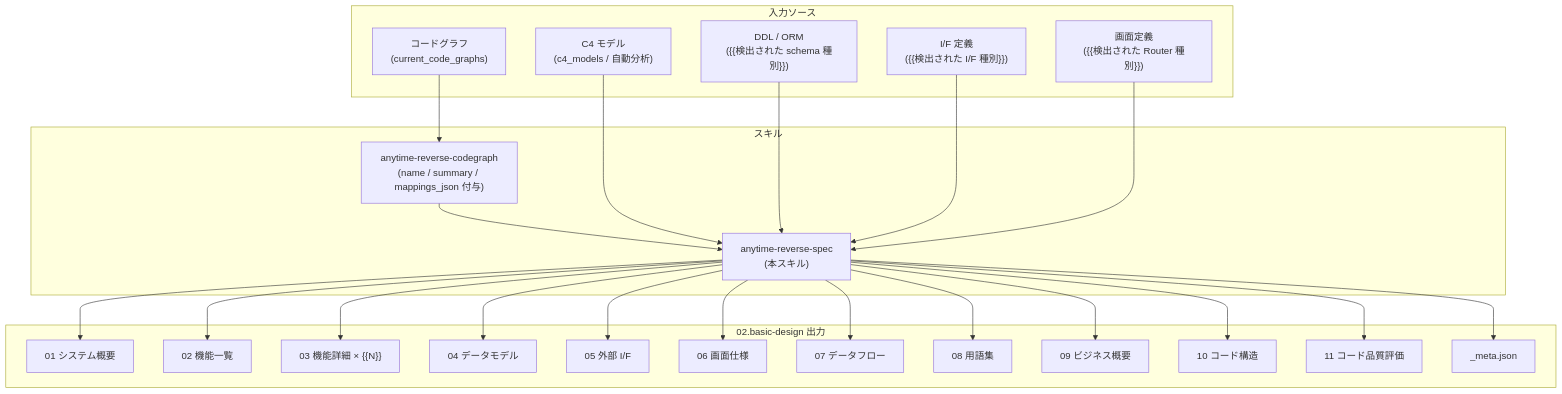
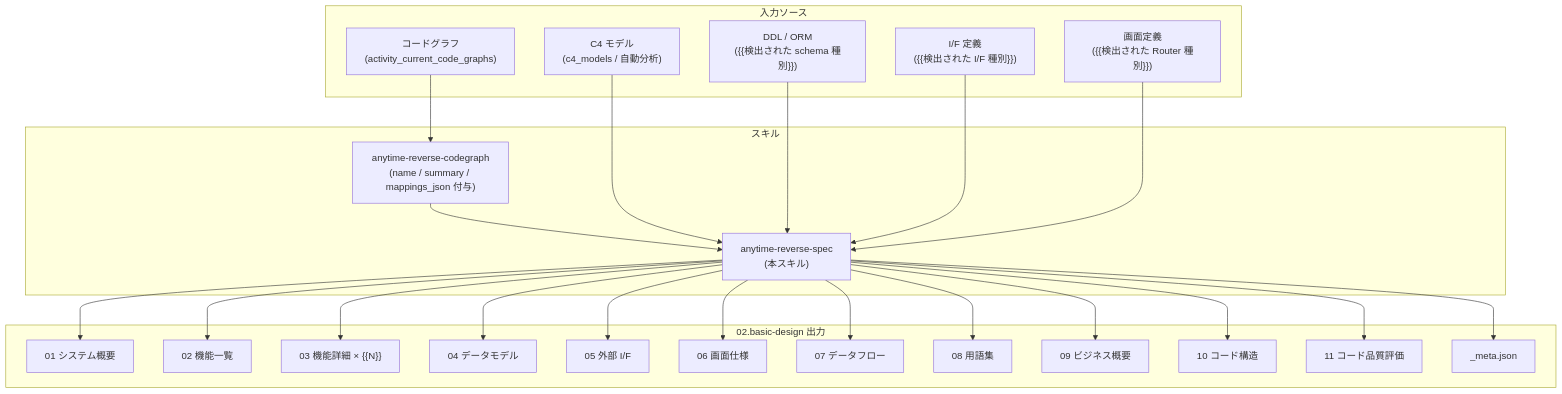
One commit to anytime-trial/anytime-markdown changed the diagram in packages/vscode-trail-extension/skills/anytime-reverse-spec/templates/00-index.ja.md. Above: the diagram before and after it, drawn with Mermaid. The commit also changed other lines of this file and 241 other files, not shown here.

````diff
--- a/packages/vscode-trail-extension/skills/anytime-reverse-spec/templates/00-index.ja.md
+++ b/packages/vscode-trail-extension/skills/anytime-reverse-spec/templates/00-index.ja.md
@@ -63,49 +63,49 @@
 ```mermaid
 flowchart TB
     subgraph Source["入力ソース"]
-        codeGraph["コードグラフ<br/>(current_code_graphs)"]
+        codeGraph["コードグラフ<br/>(activity_current_code_graphs)"]
         c4Model["C4 モデル<br/>(c4_models / 自動分析)"]
         ddl["DDL / ORM<br/>({{検出された schema 種別}})"]
         iface["I/F 定義<br/>({{検出された I/F 種別}})"]
         screen["画面定義<br/>({{検出された Router 種別}})"]
     end
 
     subgraph Skills["スキル"]
         rev["anytime-reverse-codegraph<br/>(name / summary / mappings_json 付与)"]
         bd["anytime-reverse-spec<br/>(本スキル)"]
     end
 
     subgraph Output["02.basic-design 出力"]
         ch1["01 システム概要"]
         ch2["02 機能一覧"]
         ch3["03 機能詳細 × {{N}}"]
         ch4["04 データモデル"]
         ch5["05 外部 I/F"]
         ch6["06 画面仕様"]
         ch7["07 データフロー"]
         ch8["08 用語集"]
         ch9["09 ビジネス概要"]
         ch10["10 コード構造"]
         ch11["11 コード品質評価"]
         meta["_meta.json"]
     end
 
     codeGraph --> rev
     rev --> bd
     c4Model --> bd
     ddl --> bd
     iface --> bd
     screen --> bd
     bd --> ch1
     bd --> ch2
     bd --> ch3
     bd --> ch4
     bd --> ch5
     bd --> ch6
     bd --> ch7
     bd --> ch8
     bd --> ch9
     bd --> ch10
     bd --> ch11
     bd --> meta
 ```
````
